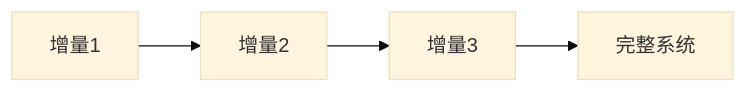
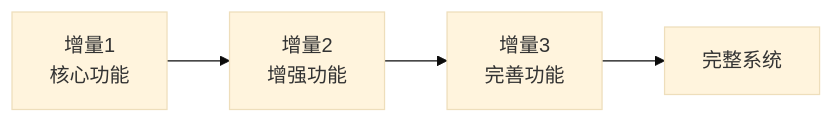
Before and after one commit to Licus7/FlowerC: the third of 10 diagrams in Python学习网站第一版/FlowerC文档/Study guidev1.0(FlowerC)/study guidev1.0.md, drawn with Mermaid (base theme). The commit also changed other lines of this file, not shown here.

````diff
--- a/Python学习网站第一版/FlowerC文档/Study guidev1.0(FlowerC)/study guidev1.0.md
+++ b/Python学习网站第一版/FlowerC文档/Study guidev1.0(FlowerC)/study guidev1.0.md
@@ -157,4 +227,4 @@
 ```mermaid
 graph LR
-    A[增量1] --> B[增量2] --> C[增量3] --> D[完整系统]
+    A[增量1<br>核心功能] --> B[增量2<br>增强功能] --> C[增量3<br>完善功能] --> D[完整系统]
 ```
````
